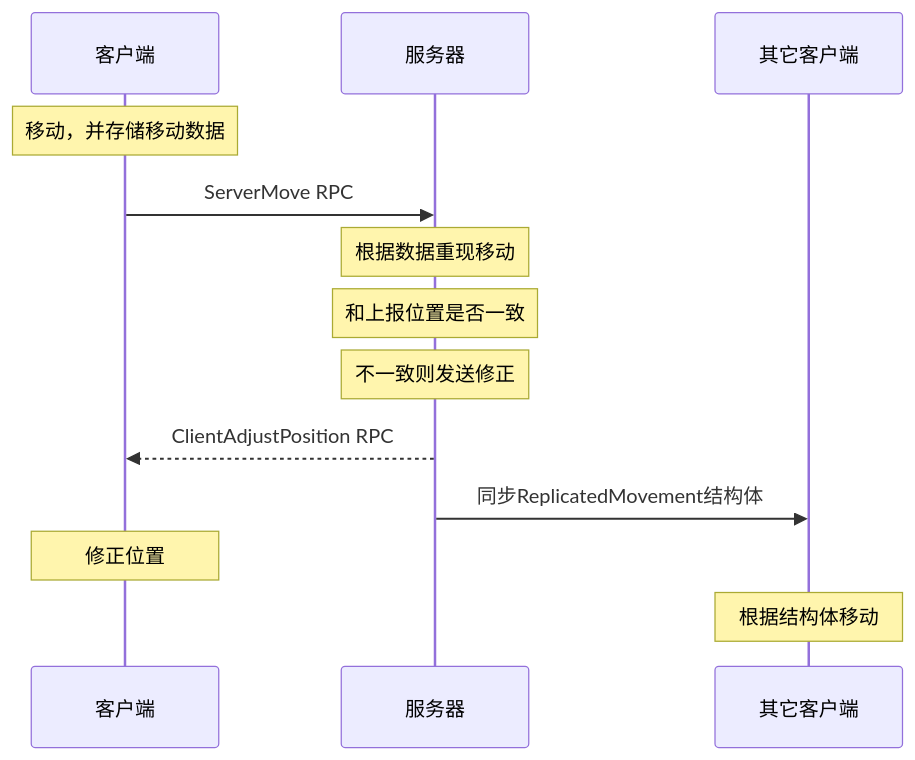
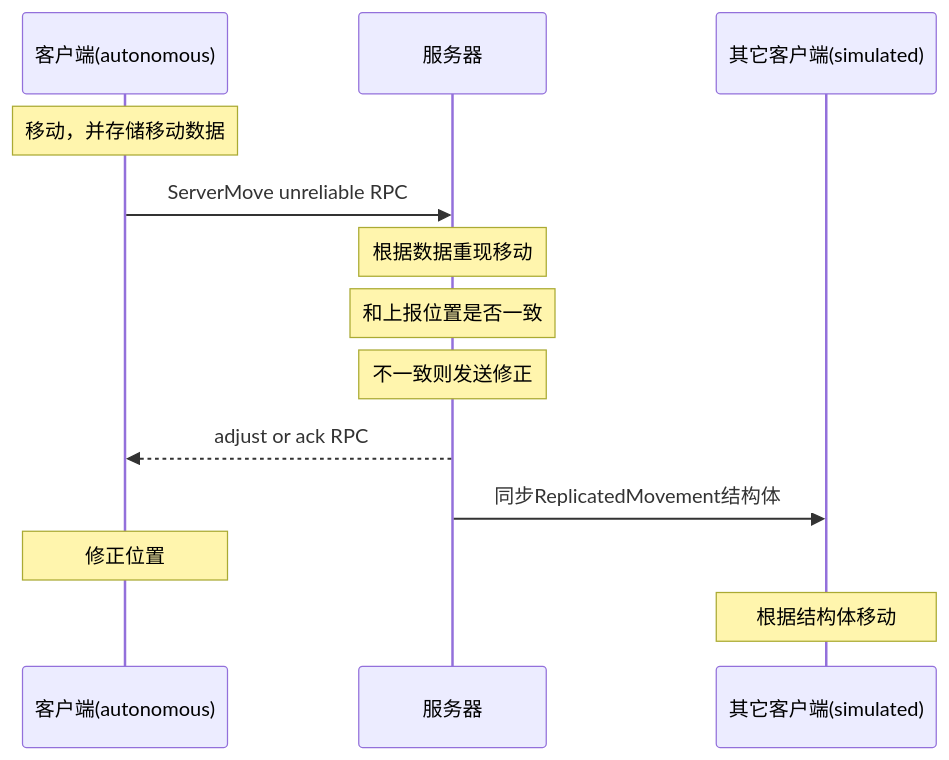
Before and after one commit to lawnight/lawnight.github.io: the diagram in _posts/2019-03-16-ue4Sever.md, drawn with Mermaid. The commit also changed other lines of this file, not shown here.

````diff
--- a/_posts/2019-03-16-ue4Sever.md
+++ b/_posts/2019-03-16-ue4Sever.md
@@ -160,15 +167,15 @@
 ```mermaid
 sequenceDiagram
-    participant client1 as 客户端
+    participant client1 as 客户端(autonomous)
     participant server as 服务器
-    participant client2 as 其它客户端
+    participant client2 as 其它客户端(simulated)
     Note over client1: 移动，并存储移动数据
-    client1->>server: ServerMove RPC
+    client1->>server: ServerMove unreliable RPC
     Note over server: 根据数据重现移动
     Note over server: 和上报位置是否一致
     Note over server: 不一致则发送修正
-    server-->>client1: ClientAdjustPosition RPC
+    server-->>client1: adjust or ack RPC
     server->>client2: 同步ReplicatedMovement结构体
     Note over client1:  修正位置    
     Note over client2: 根据结构体移动
 ```
````
